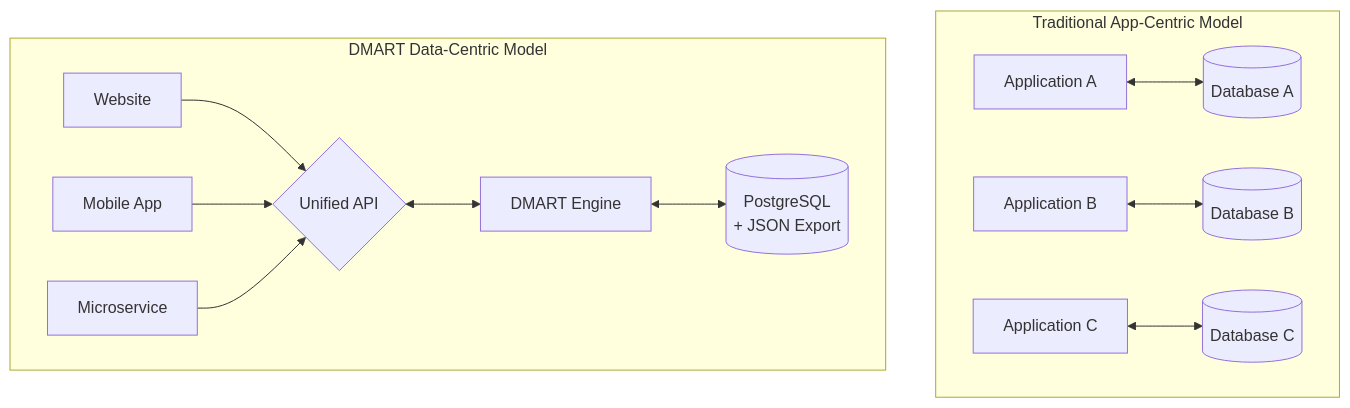
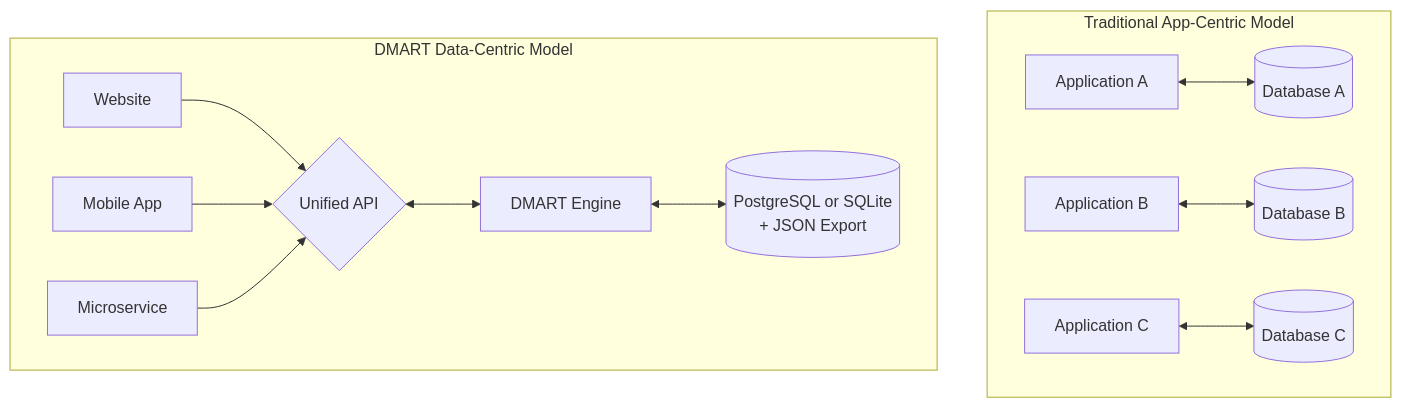
The first of 2 diagrams in pack/space/pages/why.md (edraj/website), drawn with Mermaid before and after one commit. The commit also changed other lines of this file and 13 other files, not shown here.

````diff
--- a/pack/space/pages/why.md
+++ b/pack/space/pages/why.md
@@ -9,16 +9,16 @@
 ```mermaid
 graph TD
     subgraph Traditional["Traditional App-Centric Model"]
         App1["Application A"] <--> DB1[("Database A")]
         App2["Application B"] <--> DB2[("Database B")]
         App3["Application C"] <--> DB3[("Database C")]
     end
 
     subgraph DMART["DMART Data-Centric Model"]
         D_App1["Website"] --> API{"Unified API"}
         D_App2["Mobile App"] --> API
         D_App3["Microservice"] --> API
         API <--> Engine["DMART Engine"]
-        Engine <--> Store[("PostgreSQL<br/>+ JSON Export")]
+        Engine <--> Store[("PostgreSQL or SQLite<br/>+ JSON Export")]
     end
 ```
````
